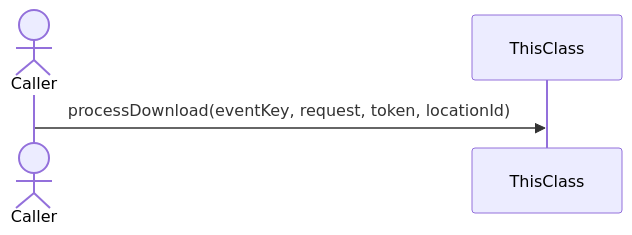
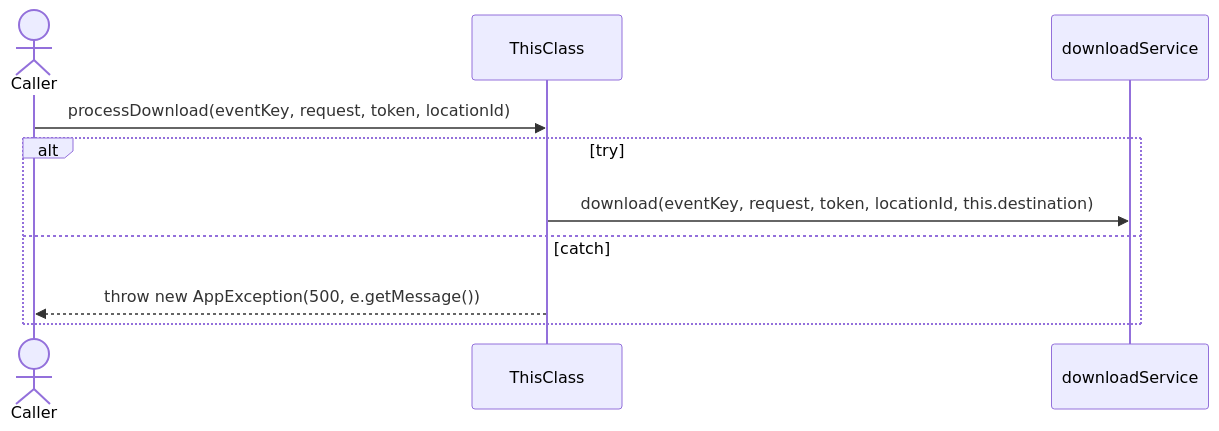
The eighth of 16 diagrams in docs/CloudSyncUploadService.md (FelipeMCassiano/geanky), drawn with Mermaid before and after one commit. The commit also changed other lines of this file and 18 other files, not shown here.

````diff
--- a/docs/CloudSyncUploadService.md
+++ b/docs/CloudSyncUploadService.md
@@ -646,8 +635,14 @@
 ```mermaid
 sequenceDiagram
     actor Caller
     participant ThisClass
 
     Caller->>ThisClass: processDownload(eventKey, request, token, locationId)
+    alt try
+    participant downloadService
+    ThisClass->>downloadService: download(eventKey, request, token, locationId, this.destination)
+    else catch 
+    ThisClass-->>Caller: throw new AppException(500, e.getMessage())
+    end
 
 ```
````
